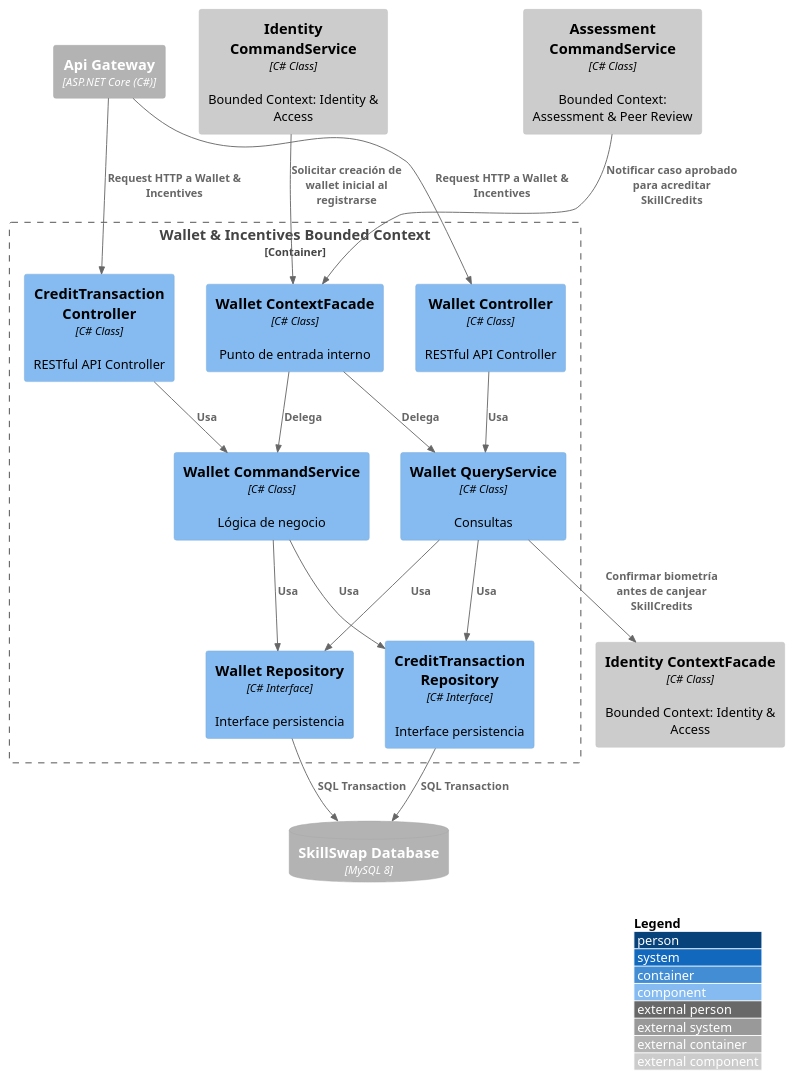
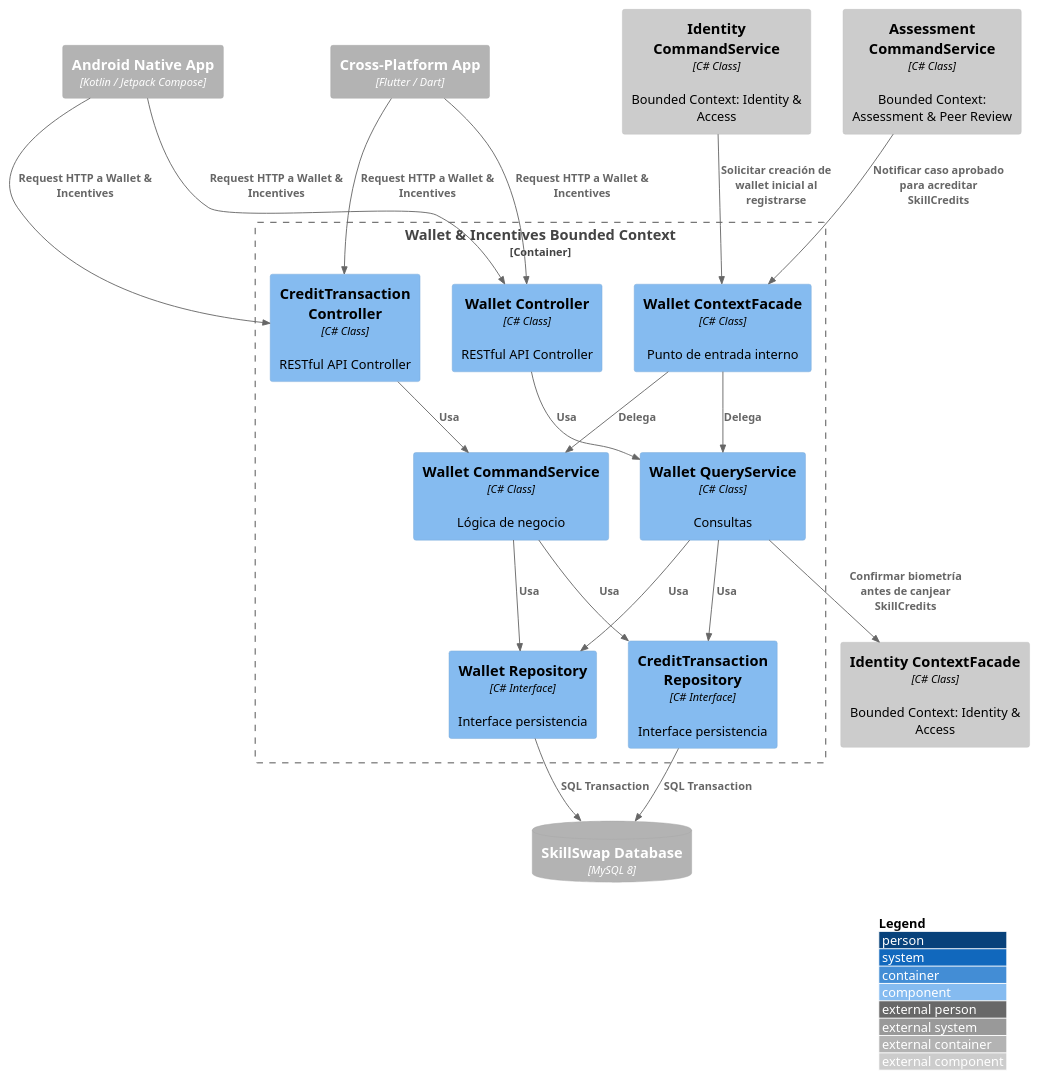
One commit to Aplicaciones-Dispositivos-Moviles/SkillSwap-ProjectReport changed the diagram in DB&C4/Component Diagram — Payments & Wallet.puml. Above: the diagram before and after it, drawn with PlantUML. The commit also changed 20 other files, not shown here.

Commit message:
docs: modify C4 architecture diagrams per professor request

```diff
--- a/DB&C4/Component Diagram — Payments & Wallet.puml
+++ b/DB&C4/Component Diagram — Payments & Wallet.puml
@@ -1,43 +1,47 @@
 @startuml WalletIncentivesComponent
 !include https://raw.githubusercontent.com/plantuml-stdlib/C4-PlantUML/master/C4_Component.puml
 
 LAYOUT_WITH_LEGEND()
 
-Container_Ext(apiGateway, "Api Gateway", "ASP.NET Core (C#)")
+Container_Ext(androidApp, "Android Native App", "Kotlin / Jetpack Compose")
+Container_Ext(flutterApp, "Cross-Platform App", "Flutter / Dart")
 ContainerDb_Ext(mainDB, "SkillSwap Database", "MySQL 8")
 
 Container_Boundary(walletBC, "Wallet & Incentives Bounded Context") {
     Component(walletController, "Wallet Controller", "C# Class", "RESTful API Controller")
     Component(creditTransactionController, "CreditTransaction Controller", "C# Class", "RESTful API Controller")
     Component(walletCommandService, "Wallet CommandService", "C# Class", "Lógica de negocio")
     Component(walletQueryService, "Wallet QueryService", "C# Class", "Consultas")
     Component(walletRepository, "Wallet Repository", "C# Interface", "Interface persistencia")
     Component(creditTransactionRepository, "CreditTransaction Repository", "C# Interface", "Interface persistencia")
     Component(walletContextFacade, "Wallet ContextFacade", "C# Class", "Punto de entrada interno")
 }
 
 Component_Ext(identityCommandService, "Identity CommandService", "C# Class", "Bounded Context: Identity & Access")
 Component_Ext(identityContextFacade, "Identity ContextFacade", "C# Class", "Bounded Context: Identity & Access")
 Component_Ext(assessmentCommandService, "Assessment CommandService", "C# Class", "Bounded Context: Assessment & Peer Review")
 
-Rel(apiGateway, walletController, "Request HTTP a Wallet & Incentives")
-Rel(apiGateway, creditTransactionController, "Request HTTP a Wallet & Incentives")
+Rel(androidApp, walletController, "Request HTTP a Wallet & Incentives")
+Rel(flutterApp, walletController, "Request HTTP a Wallet & Incentives")
+Rel(androidApp, creditTransactionController, "Request HTTP a Wallet & Incentives")
+Rel(flutterApp, creditTransactionController, "Request HTTP a Wallet & Incentives")
+
 Rel(walletController, walletQueryService, "Usa")
 Rel(creditTransactionController, walletCommandService, "Usa")
 
 Rel(walletCommandService, walletRepository, "Usa")
 Rel(walletCommandService, creditTransactionRepository, "Usa")
 Rel(walletQueryService, walletRepository, "Usa")
 Rel(walletQueryService, creditTransactionRepository, "Usa")
 Rel(walletRepository, mainDB, "SQL Transaction")
 Rel(creditTransactionRepository, mainDB, "SQL Transaction")
 
 Rel(walletQueryService, identityContextFacade, "Confirmar biometría antes de canjear SkillCredits")
 
 Rel(walletContextFacade, walletCommandService, "Delega")
 Rel(walletContextFacade, walletQueryService, "Delega")
 
 Rel(identityCommandService, walletContextFacade, "Solicitar creación de wallet inicial al registrarse")
 Rel(assessmentCommandService, walletContextFacade, "Notificar caso aprobado para acreditar SkillCredits")
 
 @enduml
```
